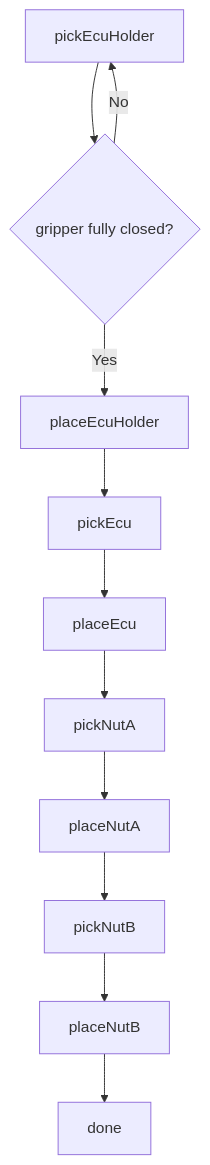
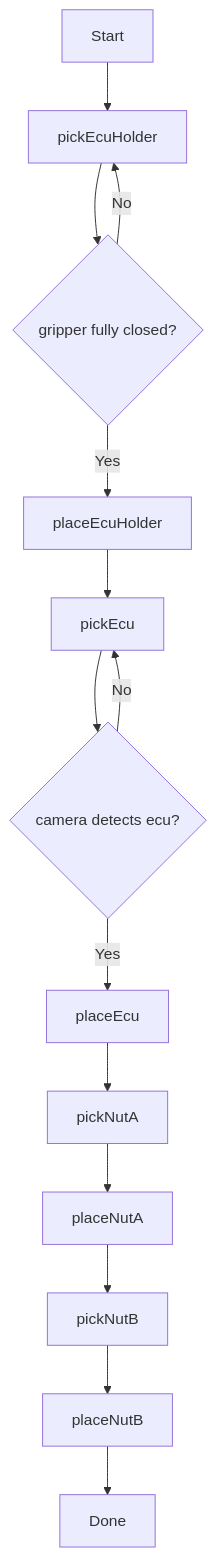
The diagram in README.md (ManuelSelch/hackathon-munich-2025), drawn with Mermaid before and after one commit. The commit also changed 3 other files, not shown here.

````diff
--- a/README.md
+++ b/README.md
@@ -19,16 +19,20 @@
 ```mermaid
 flowchart TD;
 
-pickEcuHolder --> D1{"gripper fully closed?"}
-    D1 -- Yes --> placeEcuHolder
+Start 
+    --> pickEcuHolder 
+    --> D1{"gripper fully closed?"}
     D1 -- No --> pickEcuHolder
-
-placeEcuHolder 
+    D1 -- Yes --> placeEcuHolder 
     --> pickEcu
-    --> placeEcu 
+    --> D2{"camera detects ecu?"}
+    D2 -- No --> pickEcu
+    D2 -- Yes --> placeEcu
     --> pickNutA 
     --> placeNutA 
     --> pickNutB 
     --> placeNutB 
-    --> done
+--> Done
+
+
 ```
````
